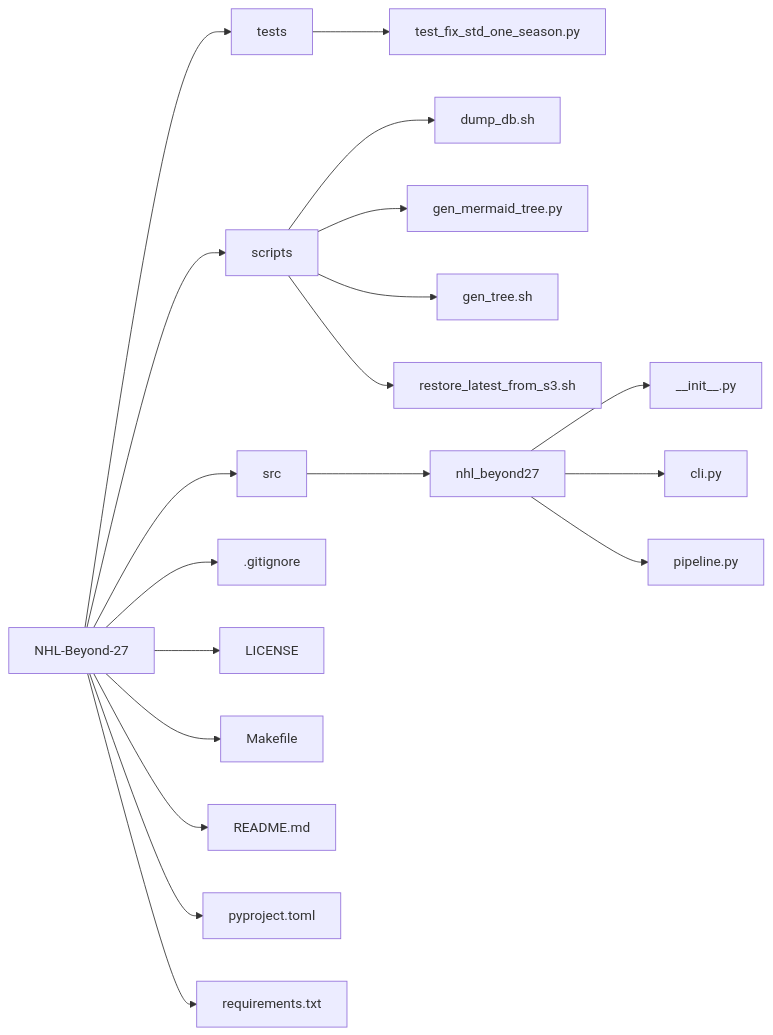
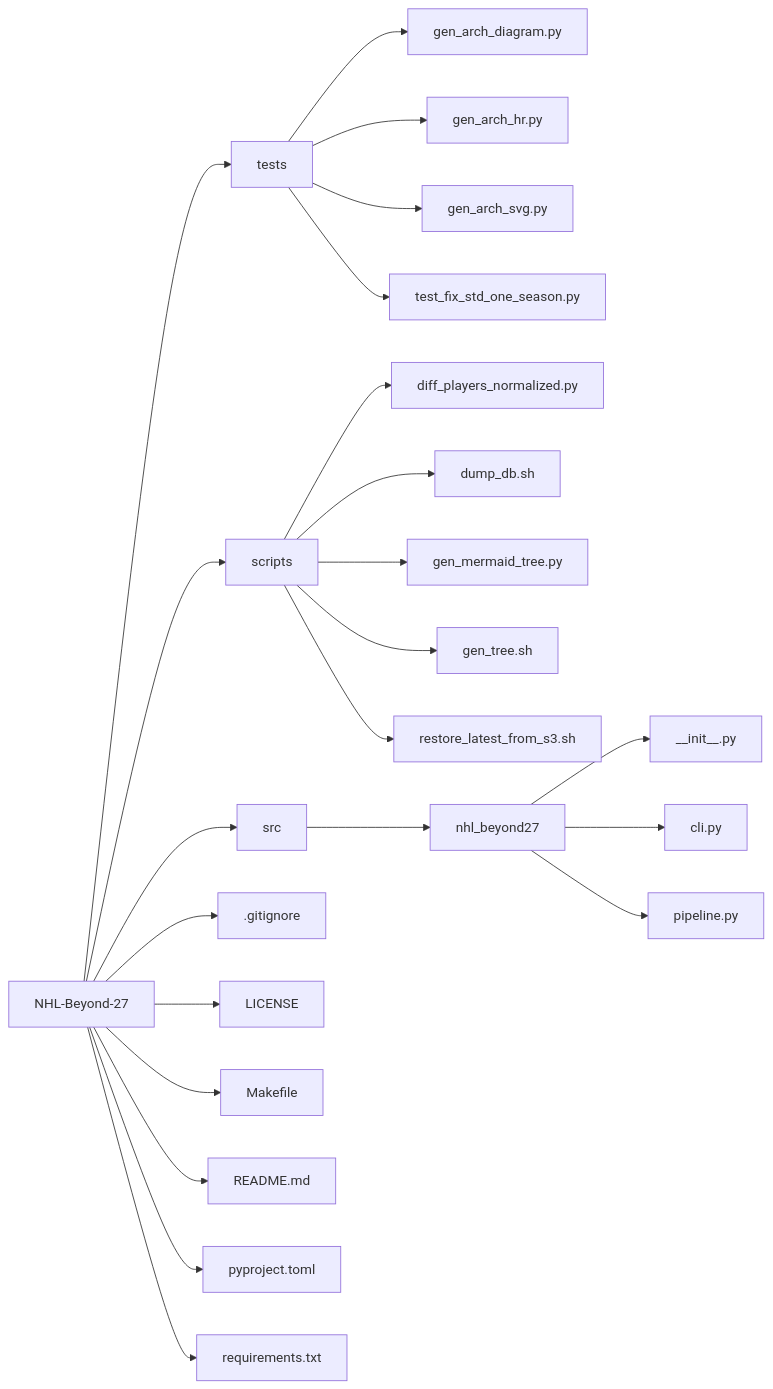
One commit to ewnike/NHL-Beyond-27 changed the diagram in README.md. Above: the diagram before and after it, drawn with Mermaid. The commit also changed other lines of this file, not shown here.

````diff
--- a/README.md
+++ b/README.md
@@ -188,40 +188,48 @@
 ```mermaid
 flowchart LR
     id__["NHL-Beyond-27"]
     id_scripts["scripts"]
     id_src["src"]
     id_tests["tests"]
     id__gitignore[".gitignore"]
     id_LICENSE["LICENSE"]
     id_Makefile["Makefile"]
     id_README_md["README.md"]
     id_pyproject_toml["pyproject.toml"]
     id_requirements_txt["requirements.txt"]
+    id_tests__gen_arch_diagram_py["gen_arch_diagram.py"]
+    id_tests__gen_arch_hr_py["gen_arch_hr.py"]
+    id_tests__gen_arch_svg_py["gen_arch_svg.py"]
     id_tests__test_fix_std_one_season_py["test_fix_std_one_season.py"]
+    id_scripts__diff_players_normalized_py["diff_players_normalized.py"]
     id_scripts__dump_db_sh["dump_db.sh"]
     id_scripts__gen_mermaid_tree_py["gen_mermaid_tree.py"]
     id_scripts__gen_tree_sh["gen_tree.sh"]
     id_scripts__restore_latest_from_s3_sh["restore_latest_from_s3.sh"]
     id_src__nhl_beyond27["nhl_beyond27"]
     id_src__nhl_beyond27____init___py["__init__.py"]
     id_src__nhl_beyond27__cli_py["cli.py"]
     id_src__nhl_beyond27__pipeline_py["pipeline.py"]
     id__ --> id_scripts
     id__ --> id_src
     id__ --> id_tests
     id__ --> id__gitignore
     id__ --> id_LICENSE
     id__ --> id_Makefile
     id__ --> id_README_md
     id__ --> id_pyproject_toml
     id__ --> id_requirements_txt
+    id_tests --> id_tests__gen_arch_diagram_py
+    id_tests --> id_tests__gen_arch_hr_py
+    id_tests --> id_tests__gen_arch_svg_py
     id_tests --> id_tests__test_fix_std_one_season_py
+    id_scripts --> id_scripts__diff_players_normalized_py
     id_scripts --> id_scripts__dump_db_sh
     id_scripts --> id_scripts__gen_mermaid_tree_py
     id_scripts --> id_scripts__gen_tree_sh
     id_scripts --> id_scripts__restore_latest_from_s3_sh
     id_src --> id_src__nhl_beyond27
     id_src__nhl_beyond27 --> id_src__nhl_beyond27____init___py
     id_src__nhl_beyond27 --> id_src__nhl_beyond27__cli_py
     id_src__nhl_beyond27 --> id_src__nhl_beyond27__pipeline_py
 ```
````
